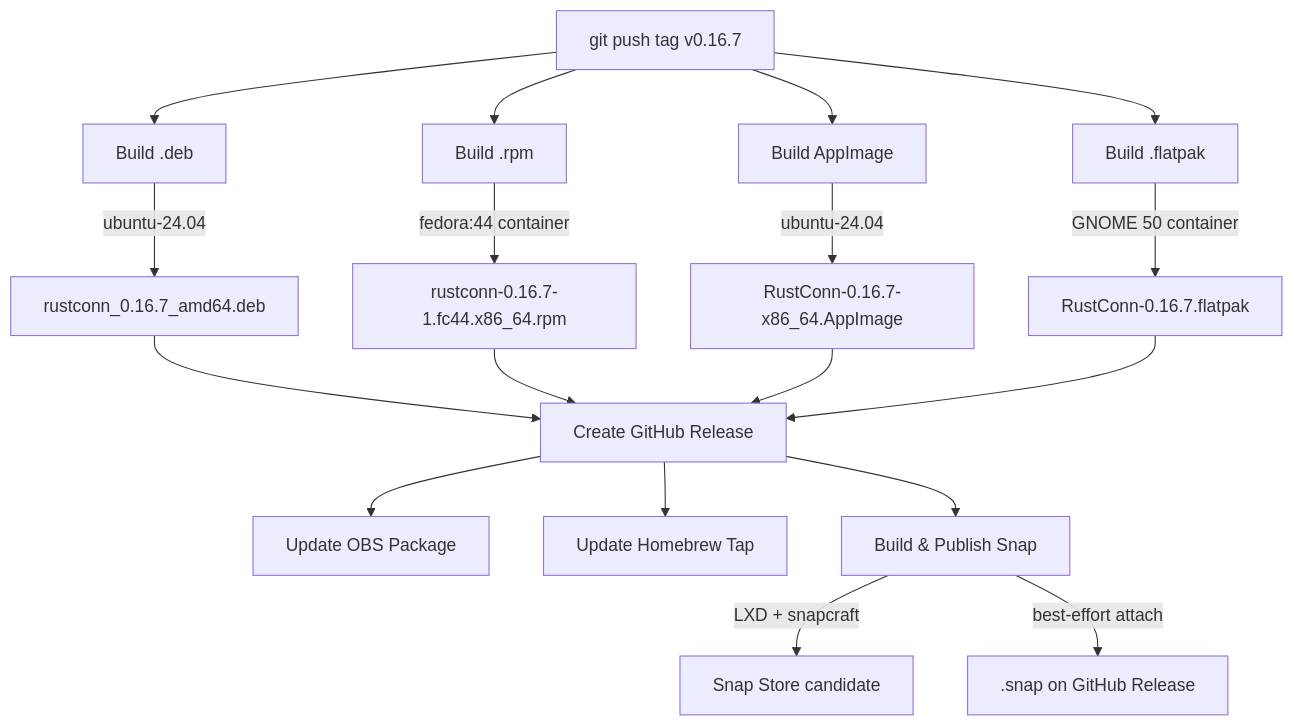
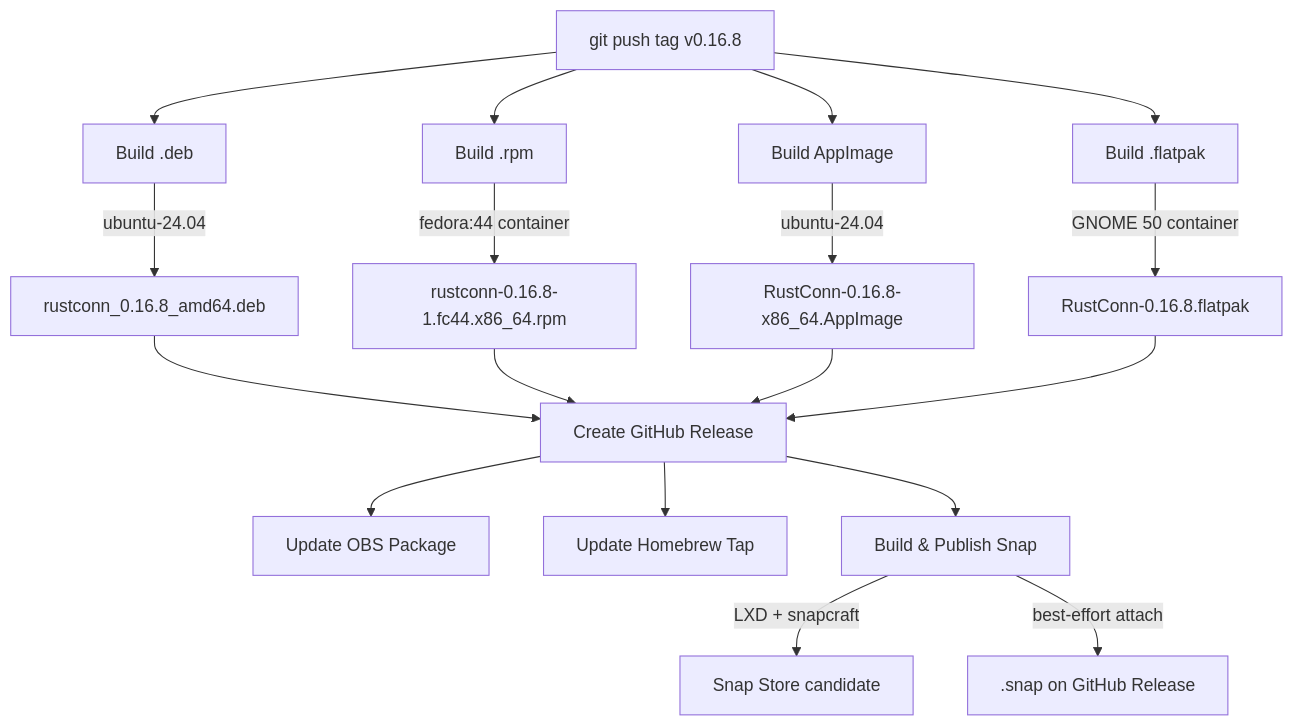
Before and after one commit to shanecaf/RustConn: the third of 6 diagrams in docs/CI_BUILD_FLOW.md, drawn with Mermaid. The commit also changed other lines of this file and 25 other files, not shown here.

````diff
--- a/docs/CI_BUILD_FLOW.md
+++ b/docs/CI_BUILD_FLOW.md
@@ -67,23 +67,23 @@
 ```mermaid
 graph TD
-    Tag[git push tag v0.16.7] --> BuildDeb[Build .deb]
+    Tag[git push tag v0.16.8] --> BuildDeb[Build .deb]
     Tag --> BuildRPM[Build .rpm]
     Tag --> BuildAppImage[Build AppImage]
     Tag --> BuildFlatpak[Build .flatpak]
 
-    BuildDeb --> |ubuntu-24.04| DebArtifact[rustconn_0.16.7_amd64.deb]
-    BuildRPM --> |fedora:44 container| RPMArtifact[rustconn-0.16.7-1.fc44.x86_64.rpm]
-    BuildAppImage --> |ubuntu-24.04| AppImageArtifact[RustConn-0.16.7-x86_64.AppImage]
-    BuildFlatpak --> |GNOME 50 container| FlatpakArtifact[RustConn-0.16.7.flatpak]
+    BuildDeb --> |ubuntu-24.04| DebArtifact[rustconn_0.16.8_amd64.deb]
+    BuildRPM --> |fedora:44 container| RPMArtifact[rustconn-0.16.8-1.fc44.x86_64.rpm]
+    BuildAppImage --> |ubuntu-24.04| AppImageArtifact[RustConn-0.16.8-x86_64.AppImage]
+    BuildFlatpak --> |GNOME 50 container| FlatpakArtifact[RustConn-0.16.8.flatpak]
 
     DebArtifact --> Release[Create GitHub Release]
     RPMArtifact --> Release
     AppImageArtifact --> Release
     FlatpakArtifact --> Release
 
     Release --> UpdateOBS[Update OBS Package]
     Release --> Brew[Update Homebrew Tap]
     Release --> BuildSnap[Build & Publish Snap]
     BuildSnap --> |LXD + snapcraft| SnapStore[Snap Store candidate]
     BuildSnap --> |best-effort attach| SnapAsset[.snap on GitHub Release]
 ```
````
